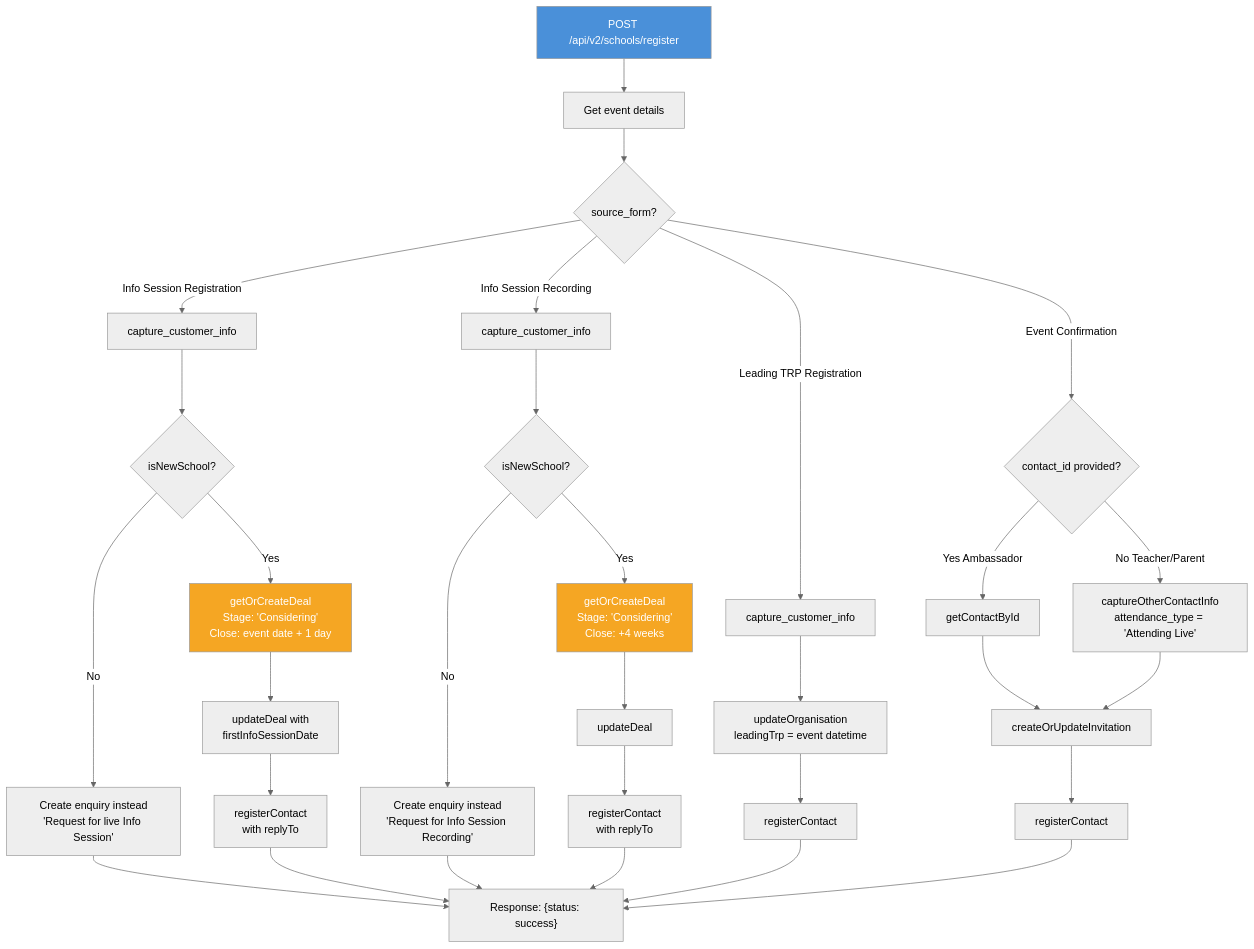
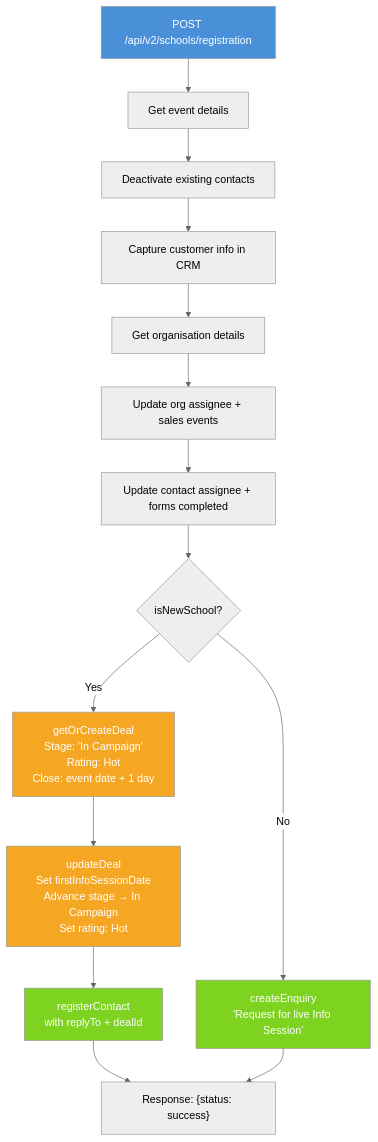
One commit to The-Resilience-Project/integrations changed the third of 3 diagrams in docs/v2/schools.md. Above: the diagram before and after it, drawn with Mermaid (neutral theme). The commit also changed other lines of this file and 2 other files, not shown here.

First line of the commit message:
Mark v1 info session registration as deprecated, document v2 endpoint

````diff
--- a/docs/v2/schools.md
+++ b/docs/v2/schools.md
@@ -211,42 +211,25 @@
 ```mermaid
 flowchart TD
-    A[POST /api/v2/schools/register] --> B[Get event details]
-    B --> C{source_form?}
+    A[POST /api/v2/schools/registration] --> GED["Get event details"]
+    GED --> B[Deactivate existing contacts]
+    B --> C[Capture customer info in CRM]
+    C --> D[Get organisation details]
+    D --> E[Update org assignee + sales events]
+    E --> F[Update contact assignee + forms completed]
+    F --> G{isNewSchool?}
 
-    C -->|Info Session Registration| D[capture_customer_info]
-    C -->|Info Session Recording| E[capture_customer_info]
-    C -->|Leading TRP Registration| F[capture_customer_info]
-    C -->|Event Confirmation| G{contact_id provided?}
+    G -->|Yes| H["getOrCreateDeal<br/>Stage: 'In Campaign'<br/>Rating: Hot<br/>Close: event date + 1 day"]
+    H --> I["updateDeal<br/>Set firstInfoSessionDate<br/>Advance stage → In Campaign<br/>Set rating: Hot"]
+    I --> J["registerContact<br/>with replyTo + dealId"]
 
-    D --> D1{isNewSchool?}
-    D1 -->|Yes| D2["getOrCreateDeal<br/>Stage: 'Considering'<br/>Close: event date + 1 day"]
-    D1 -->|No| D3["Create enquiry instead<br/>'Request for live Info Session'"]
-    D2 --> D4[updateDeal with<br/>firstInfoSessionDate]
-    D4 --> D5[registerContact<br/>with replyTo]
+    G -->|No| K["createEnquiry<br/>'Request for live Info Session'"]
 
-    E --> E1{isNewSchool?}
-    E1 -->|Yes| E2["getOrCreateDeal<br/>Stage: 'Considering'<br/>Close: +4 weeks"]
-    E1 -->|No| E3["Create enquiry instead<br/>'Request for Info Session Recording'"]
-    E2 --> E4[updateDeal]
-    E4 --> E5[registerContact<br/>with replyTo]
-
-    F --> F1["updateOrganisation<br/>leadingTrp = event datetime"]
-    F1 --> F2[registerContact]
-
-    G -->|Yes Ambassador| G1[getContactById]
-    G -->|No Teacher/Parent| G2["captureOtherContactInfo<br/>attendance_type = 'Attending Live'"]
-    G1 --> G3[createOrUpdateInvitation]
-    G2 --> G3
-    G3 --> G4[registerContact]
-
-    D3 --> Z["Response: {status: success}"]
-    D5 --> Z
-    E3 --> Z
-    E5 --> Z
-    F2 --> Z
-    G4 --> Z
+    J --> Z["Response: {status: success}"]
+    K --> Z
 
     style A fill:#4a90d9,color:#fff
-    style D2 fill:#f5a623,color:#fff
-    style E2 fill:#f5a623,color:#fff
+    style H fill:#f5a623,color:#fff
+    style I fill:#f5a623,color:#fff
+    style J fill:#7ed321,color:#fff
+    style K fill:#7ed321,color:#fff
 ```
````
